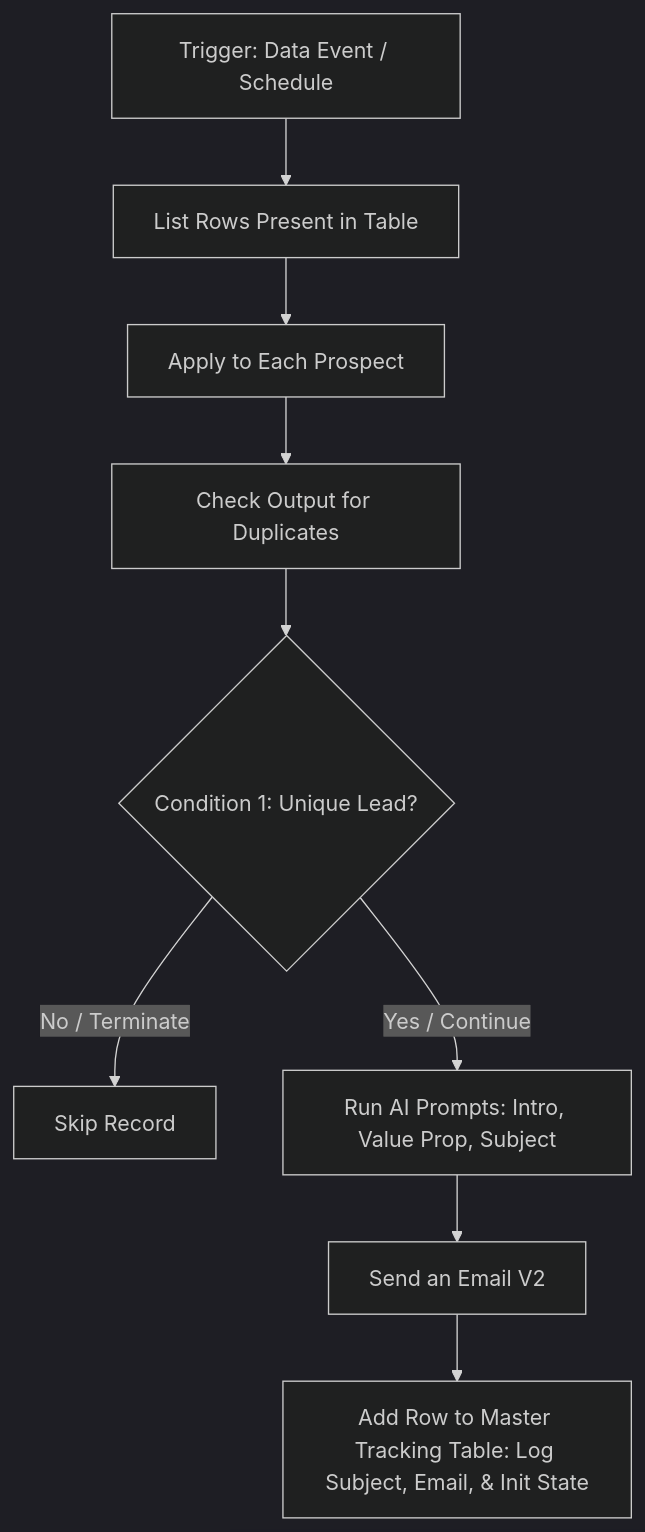
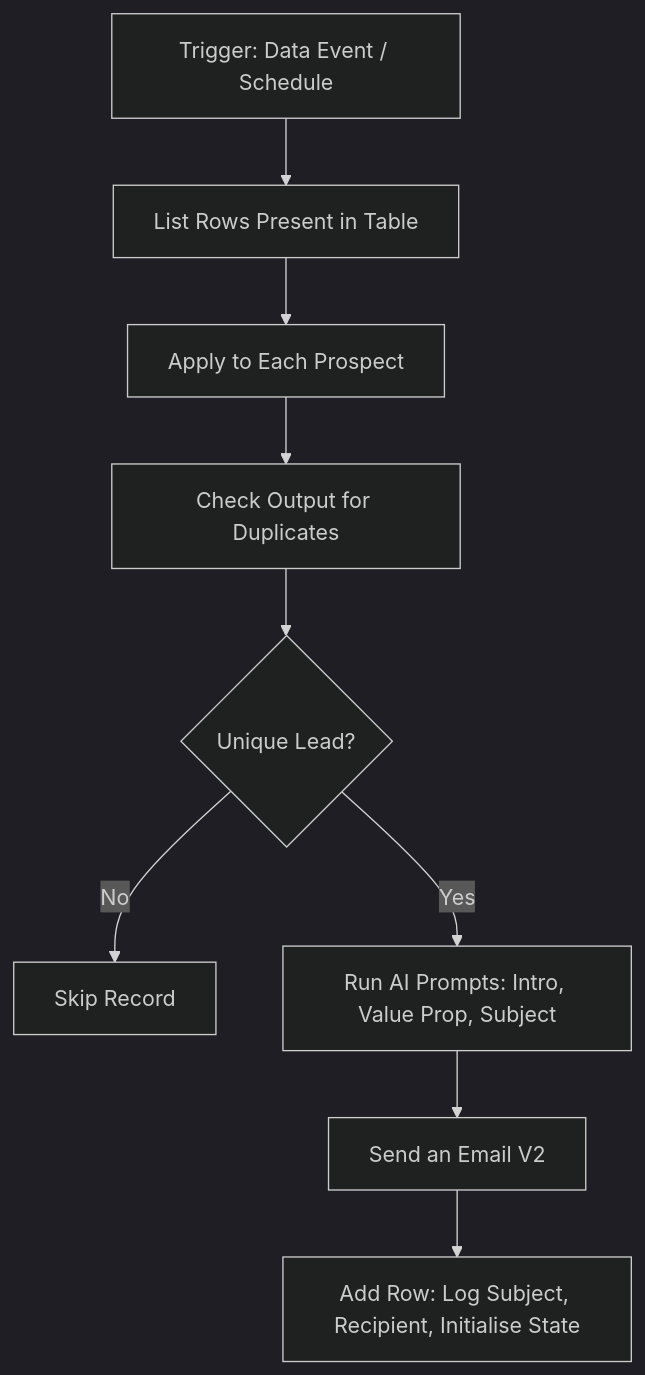
One commit to adilshasrehman-source/enterprise-sales-automation changed the diagram in 01_First_Mail_Outbound.md. Above: the diagram before and after it, drawn with Mermaid (dark theme). The commit also changed other lines of this file, not shown here.

````diff
--- a/01_First_Mail_Outbound.md
+++ b/01_First_Mail_Outbound.md
@@ -10,13 +11,13 @@
 ```mermaid
 graph TD
     A[Trigger: Data Event / Schedule] --> B[List Rows Present in Table]
     B --> C[Apply to Each Prospect]
     C --> D[Check Output for Duplicates]
-    D --> E{Condition 1: Unique Lead?}
-    
-    E -- No / Terminate --> G[Skip Record]
-    E -- Yes / Continue --> F[Run AI Prompts: Intro, Value Prop, Subject]
-    
+    D --> E{Unique Lead?}
+
+    E -- No --> G[Skip Record]
+    E -- Yes --> F[Run AI Prompts: Intro, Value Prop, Subject]
+
     F --> H[Send an Email V2]
-    H --> I[Add Row to Master Tracking Table: Log Subject, Email, & Init State]
+    H --> I[Add Row: Log Subject, Recipient, Initialise State]
 ```
````
